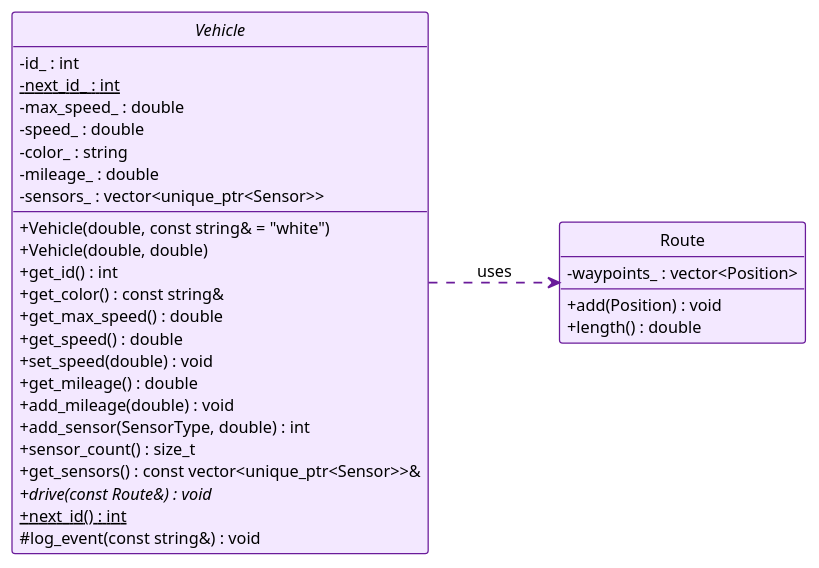
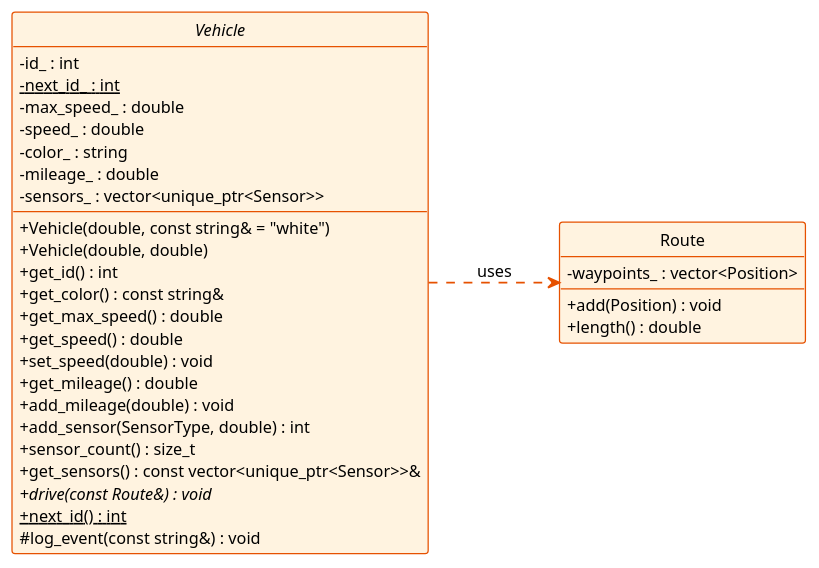
One commit to zeidk/enpm702-fall-2026-cpp changed the diagram in project/week9/uml/model_l9_dependency_members.plantuml. Above: the diagram before and after it, drawn with PlantUML. The commit also changed 28 other files, not shown here.

```diff
--- a/project/week9/uml/model_l9_dependency_members.plantuml
+++ b/project/week9/uml/model_l9_dependency_members.plantuml
@@ -1,49 +1,49 @@
 @startuml model_l9_dependency_members
 ' Generated for the slides.
 !theme mono
 skinparam backgroundColor white
 skinparam defaultFontName "Fira Sans"
 skinparam defaultFontSize 13
 skinparam shadowing false
 skinparam classAttributeIconSize 0
 skinparam nodesep 30
 skinparam ranksep 75
 skinparam ArrowThickness 1.5
 hide circle
 hide empty members
 
 
 left to right direction
 
-abstract class Vehicle #back:F3E8FF;line:6A1B9A;text:000000 {
+abstract class Vehicle #back:FFF3E0;line:E65100;text:000000 {
   - id_ : int
   - {static} next_id_ : int
   - max_speed_ : double
   - speed_ : double
   - color_ : string
   - mileage_ : double
   - sensors_ : vector<unique_ptr<Sensor>>
   + Vehicle(double, const string& = "white")
   + Vehicle(double, double)
   + get_id() : int
   + get_color() : const string&
   + get_max_speed() : double
   + get_speed() : double
   + set_speed(double) : void
   + get_mileage() : double
   + add_mileage(double) : void
   + add_sensor(SensorType, double) : int
   + sensor_count() : size_t
   + get_sensors() : const vector<unique_ptr<Sensor>>&
   + {abstract} drive(const Route&) : void
   + {static} next_id() : int
   # log_event(const string&) : void
 }
-class Route #back:F3E8FF;line:6A1B9A;text:000000 {
+class Route #back:FFF3E0;line:E65100;text:000000 {
   - waypoints_ : vector<Position>
   + add(Position) : void
   + length() : double
 }
 
-Vehicle .[#6A1B9A,thickness=2,dashed].> Route : <color:#000000>uses</color>
+Vehicle .[#E65100,thickness=2,dashed].> Route : <color:#000000>uses</color>
 @enduml
```
